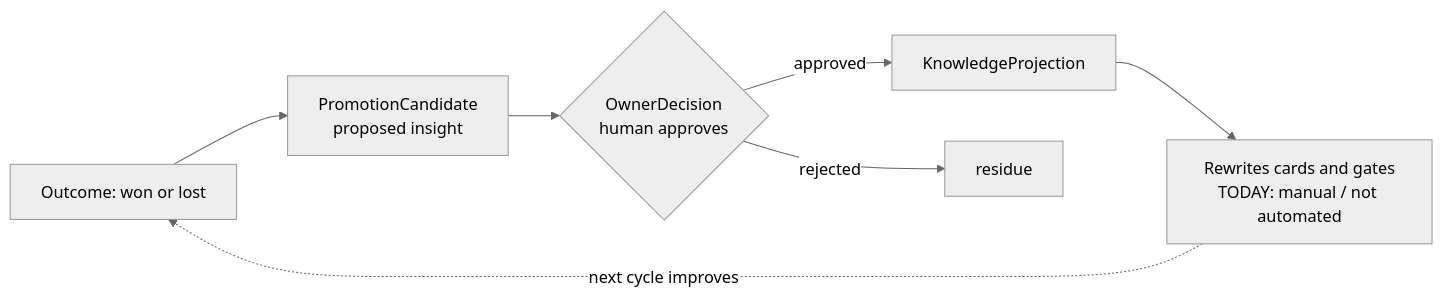
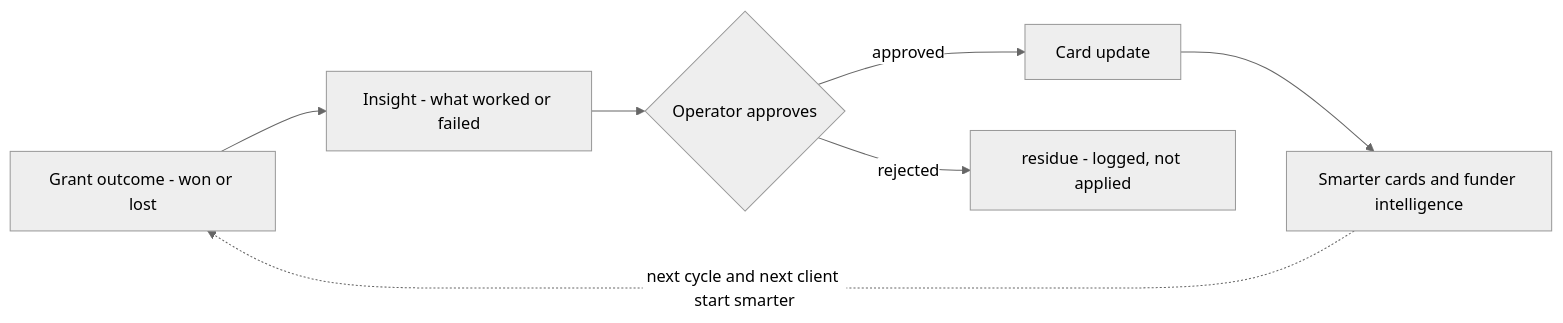
One commit to cyberAlchemyAI/domainspec-core changed the seventh of 7 diagrams in projects/goldenquill/victor/discovery.md. Above: the diagram before and after it, drawn with Mermaid (neutral theme). The commit also changed other lines of this file and 1 other file, not shown here.

````diff
--- a/projects/goldenquill/victor/discovery.md
+++ b/projects/goldenquill/victor/discovery.md
@@ -345,9 +395,9 @@
 ```mermaid
 flowchart LR
-  O[Outcome: won or lost] --> PC[PromotionCandidate<br/>proposed insight]
-  PC --> OD{OwnerDecision<br/>human approves}
-  OD -->|approved| KP[KnowledgeProjection]
-  KP --> Cards[Rewrites cards and gates<br/>TODAY: manual / not automated]
-  Cards -.next cycle improves.-> O
-  OD -->|rejected| R[residue]
+  O[Grant outcome - won or lost] --> PC[Insight - what worked or failed]
+  PC --> OD{Operator approves}
+  OD -->|approved| KP[Card update]
+  KP --> Cards[Smarter cards and funder intelligence]
+  Cards -.next cycle and next client start smarter.-> O
+  OD -->|rejected| R[residue - logged, not applied]
 ```
````
